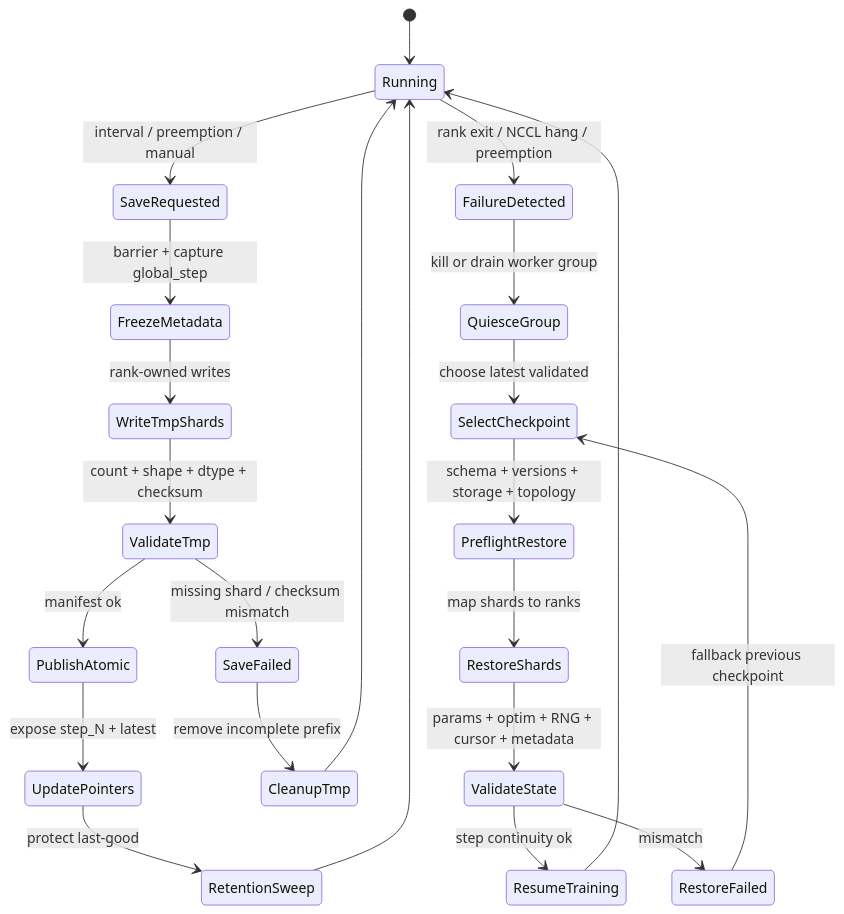
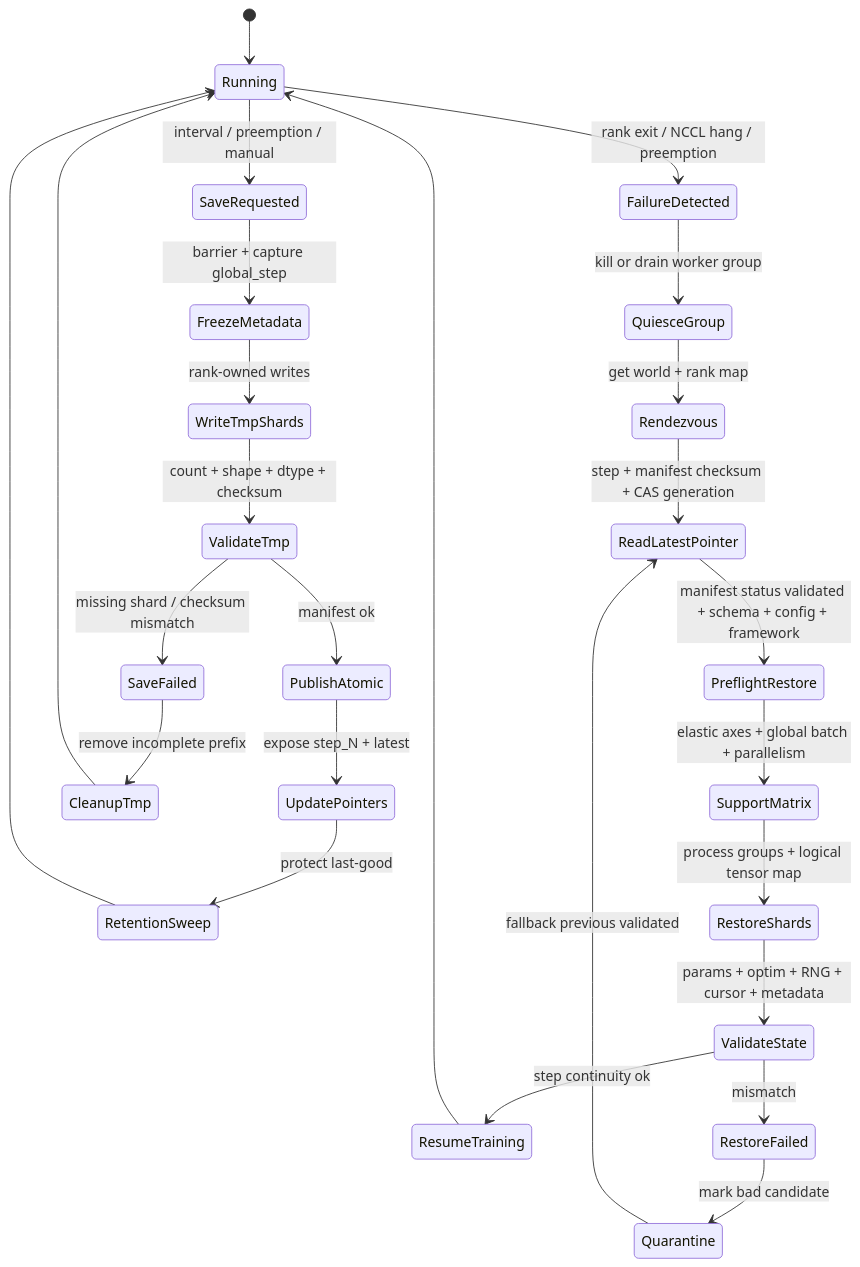
One commit to qxhy123/learn changed the diagram in ai-infra-tutorial/part3-training-infra/10-memory-checkpointing-and-recovery.md. Above: the diagram before and after it, drawn with Mermaid. The commit also changed other lines of this file and 6 other files, not shown here.

````diff
--- a/ai-infra-tutorial/part3-training-infra/10-memory-checkpointing-and-recovery.md
+++ b/ai-infra-tutorial/part3-training-infra/10-memory-checkpointing-and-recovery.md
@@ -131,26 +131,29 @@
 ```mermaid
 stateDiagram-v2
     [*] --> Running
     Running --> SaveRequested: interval / preemption / manual
     SaveRequested --> FreezeMetadata: barrier + capture global_step
     FreezeMetadata --> WriteTmpShards: rank-owned writes
     WriteTmpShards --> ValidateTmp: count + shape + dtype + checksum
     ValidateTmp --> PublishAtomic: manifest ok
     ValidateTmp --> SaveFailed: missing shard / checksum mismatch
     PublishAtomic --> UpdatePointers: expose step_N + latest
     UpdatePointers --> RetentionSweep: protect last-good
     RetentionSweep --> Running
     SaveFailed --> CleanupTmp: remove incomplete prefix
     CleanupTmp --> Running
 
     Running --> FailureDetected: rank exit / NCCL hang / preemption
     FailureDetected --> QuiesceGroup: kill or drain worker group
-    QuiesceGroup --> SelectCheckpoint: choose latest validated
-    SelectCheckpoint --> PreflightRestore: schema + versions + storage + topology
-    PreflightRestore --> RestoreShards: map shards to ranks
+    QuiesceGroup --> Rendezvous: get world + rank map
+    Rendezvous --> ReadLatestPointer: step + manifest checksum + CAS generation
+    ReadLatestPointer --> PreflightRestore: manifest status validated + schema + config + framework
+    PreflightRestore --> SupportMatrix: elastic axes + global batch + parallelism
+    SupportMatrix --> RestoreShards: process groups + logical tensor map
     RestoreShards --> ValidateState: params + optim + RNG + cursor + metadata
     ValidateState --> ResumeTraining: step continuity ok
     ValidateState --> RestoreFailed: mismatch
-    RestoreFailed --> SelectCheckpoint: fallback previous checkpoint
+    RestoreFailed --> Quarantine: mark bad candidate
+    Quarantine --> ReadLatestPointer: fallback previous validated
     ResumeTraining --> Running
 ```
````
